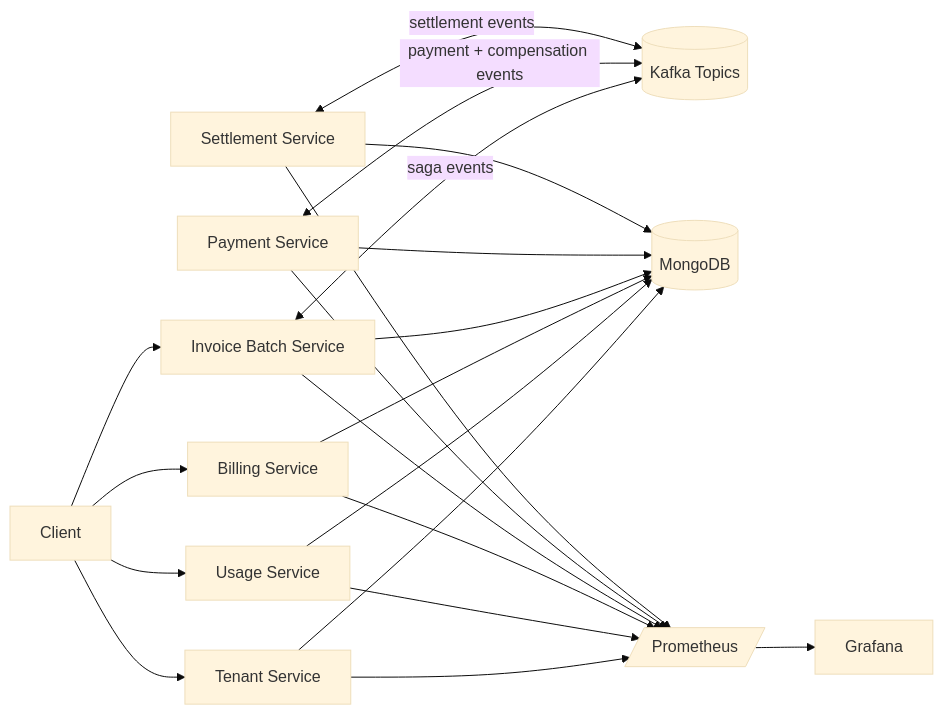
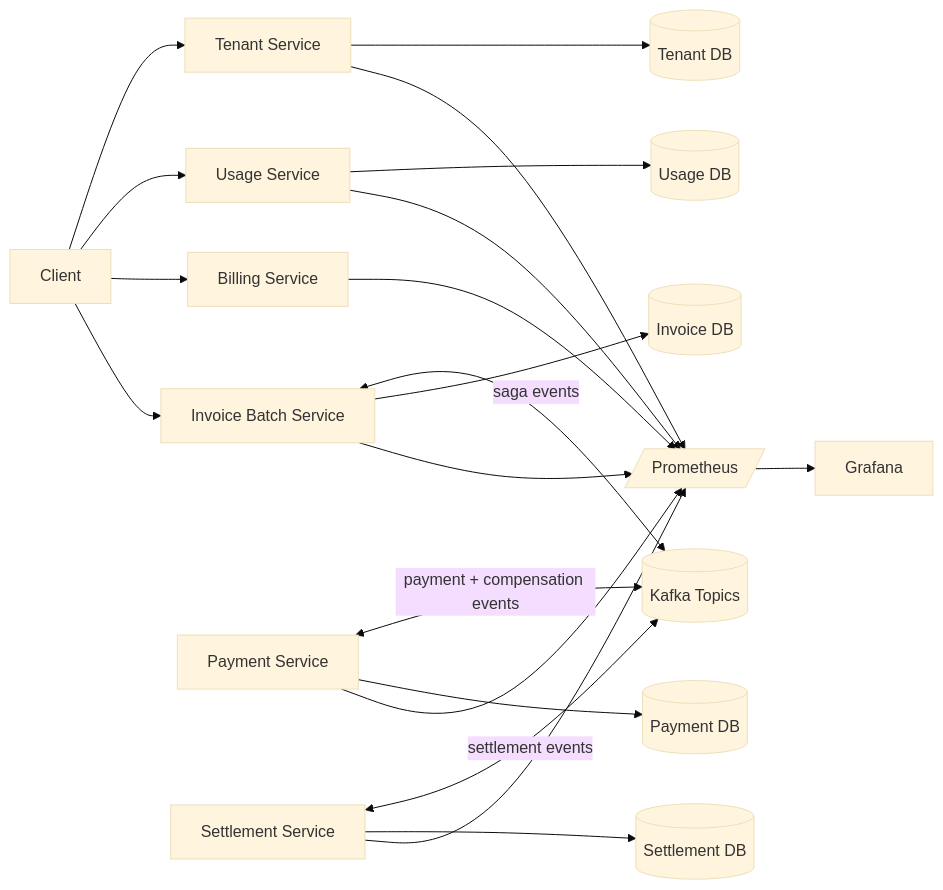
One commit to MustafaBulu/billing-platform-parent changed the diagram in README.md. Above: the diagram before and after it, drawn with Mermaid (base theme).

Commit message:
docs: show database-per-service in architecture diagram

````diff
--- a/README.md
+++ b/README.md
@@ -50,26 +50,25 @@
 ```mermaid
 flowchart LR
     C[Client] --> T[Tenant Service]
     C --> U[Usage Service]
     C --> B[Billing Service]
     C --> I[Invoice Batch Service]
     K[(Kafka Topics)]
     I <-->|saga events| K
     P[Payment Service] <-->|payment + compensation events| K
     S[Settlement Service] <-->|settlement events| K
 
-    T --> M[(MongoDB)]
-    U --> M
-    B --> M
-    I --> M
-    P --> M
-    S --> M
+    T --> MT[(Tenant DB)]
+    U --> MU[(Usage DB)]
+    I --> MI[(Invoice DB)]
+    P --> MP[(Payment DB)]
+    S --> MS[(Settlement DB)]
 
     T --> PR[/Prometheus/]
     U --> PR
     B --> PR
     I --> PR
     P --> PR
     S --> PR
     PR --> G[Grafana]
 ```
````
